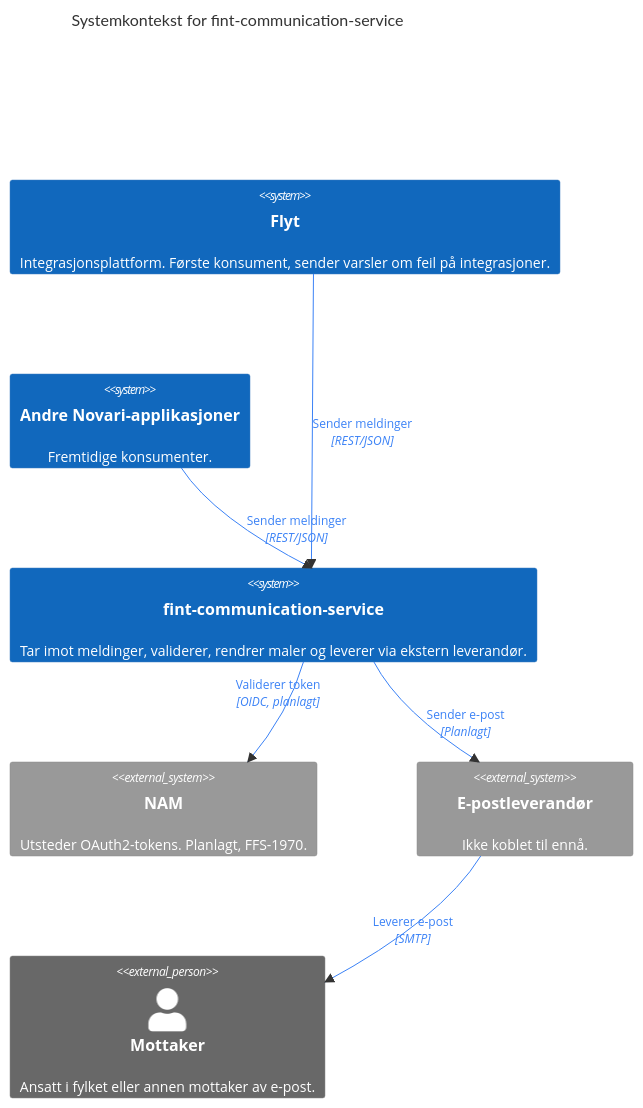
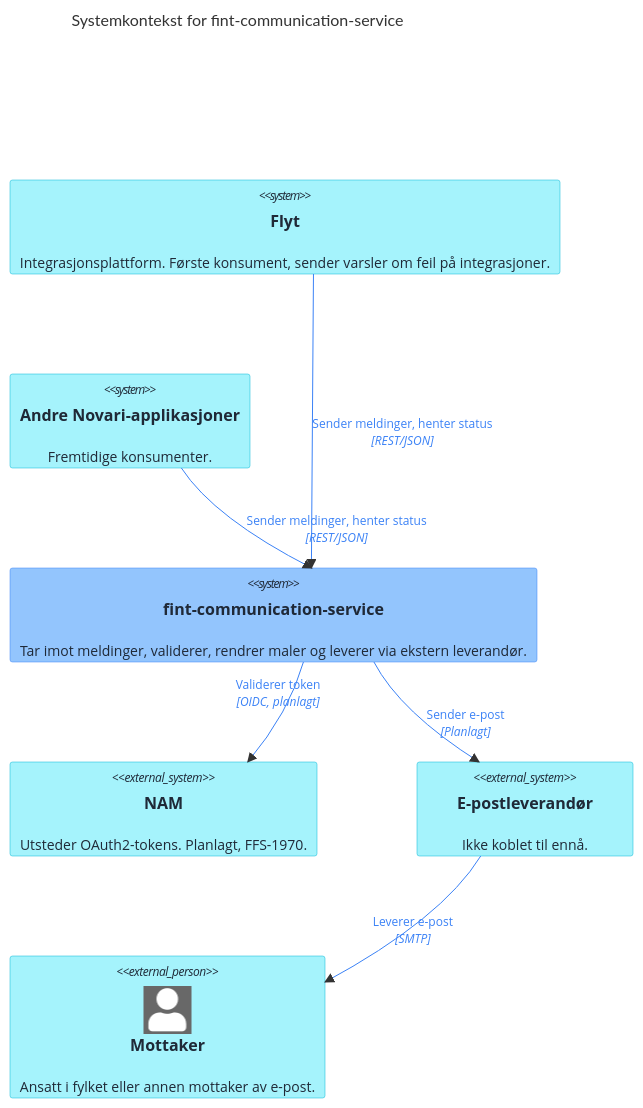
The first of 14 diagrams in docs/architecture.md (FINTLabs/fint-communication-service), drawn with Mermaid before and after one commit. The commit also changed other lines of this file and 33 other files, not shown here.

````diff
--- a/docs/architecture.md
+++ b/docs/architecture.md
@@ -36,24 +36,30 @@
 ```mermaid
 C4Context
     title Systemkontekst for fint-communication-service
 
     System(flyt, "Flyt", "Integrasjonsplattform. Første konsument, sender varsler om feil på integrasjoner.")
     System(andre, "Andre Novari-applikasjoner", "Fremtidige konsumenter.")
     System(comm, "fint-communication-service", "Tar imot meldinger, validerer, rendrer maler og leverer via ekstern leverandør.")
     System_Ext(nam, "NAM", "Utsteder OAuth2-tokens. Planlagt, FFS-1970.")
     System_Ext(provider, "E-postleverandør", "Ikke koblet til ennå.")
     Person_Ext(mottaker, "Mottaker", "Ansatt i fylket eller annen mottaker av e-post.")
 
-    Rel(flyt, comm, "Sender meldinger", "REST/JSON")
-    Rel(andre, comm, "Sender meldinger", "REST/JSON")
+    Rel(flyt, comm, "Sender meldinger, henter status", "REST/JSON")
+    Rel(andre, comm, "Sender meldinger, henter status", "REST/JSON")
     Rel(comm, nam, "Validerer token", "OIDC, planlagt")
     Rel(comm, provider, "Sender e-post", "Planlagt")
     Rel(provider, mottaker, "Leverer e-post", "SMTP")
 
     UpdateRelStyle(flyt, comm, $textColor="#3B82F6", $lineColor="#3B82F6")
     UpdateRelStyle(andre, comm, $textColor="#3B82F6", $lineColor="#3B82F6")
     UpdateRelStyle(comm, nam, $textColor="#3B82F6", $lineColor="#3B82F6", $offsetY="-30", $offsetX="-40")
     UpdateRelStyle(comm, provider, $textColor="#3B82F6", $lineColor="#3B82F6")
     UpdateRelStyle(provider, mottaker, $textColor="#3B82F6", $lineColor="#3B82F6", $offsetX="-30")
+    UpdateElementStyle(comm, $bgColor="#93C5FD", $fontColor="#1F2937", $borderColor="#3B82F6")
+    UpdateElementStyle(flyt, $bgColor="#A5F3FC", $fontColor="#1F2937", $borderColor="#06B6D4")
+    UpdateElementStyle(andre, $bgColor="#A5F3FC", $fontColor="#1F2937", $borderColor="#06B6D4")
+    UpdateElementStyle(nam, $bgColor="#A5F3FC", $fontColor="#1F2937", $borderColor="#06B6D4")
+    UpdateElementStyle(provider, $bgColor="#A5F3FC", $fontColor="#1F2937", $borderColor="#06B6D4")
+    UpdateElementStyle(mottaker, $bgColor="#A5F3FC", $fontColor="#1F2937", $borderColor="#06B6D4")
     UpdateLayoutConfig($c4ShapeInRow="2", $c4BoundaryInRow="1")
 ```
````
